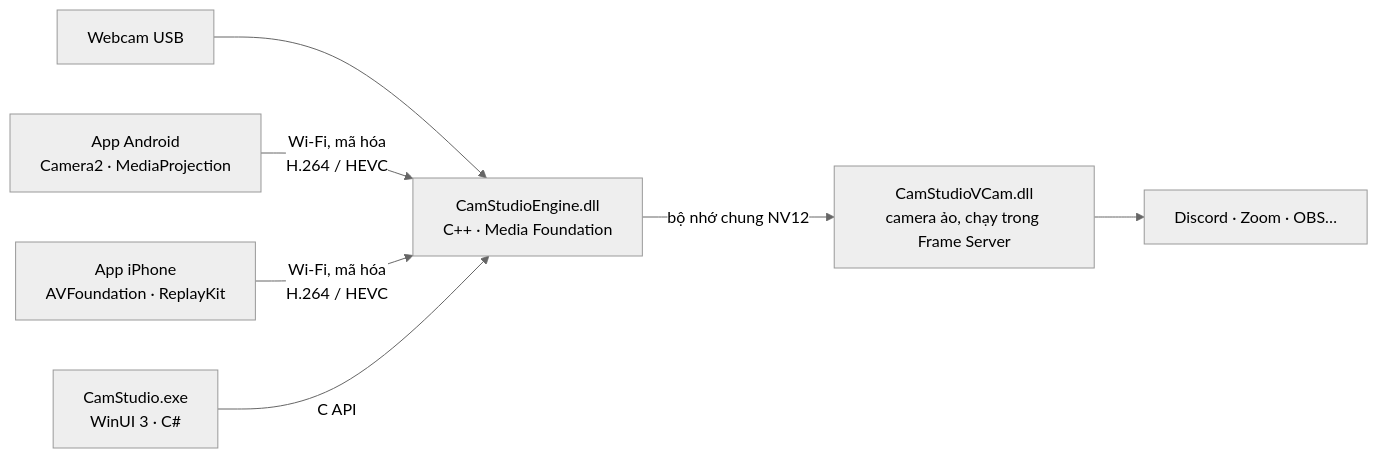
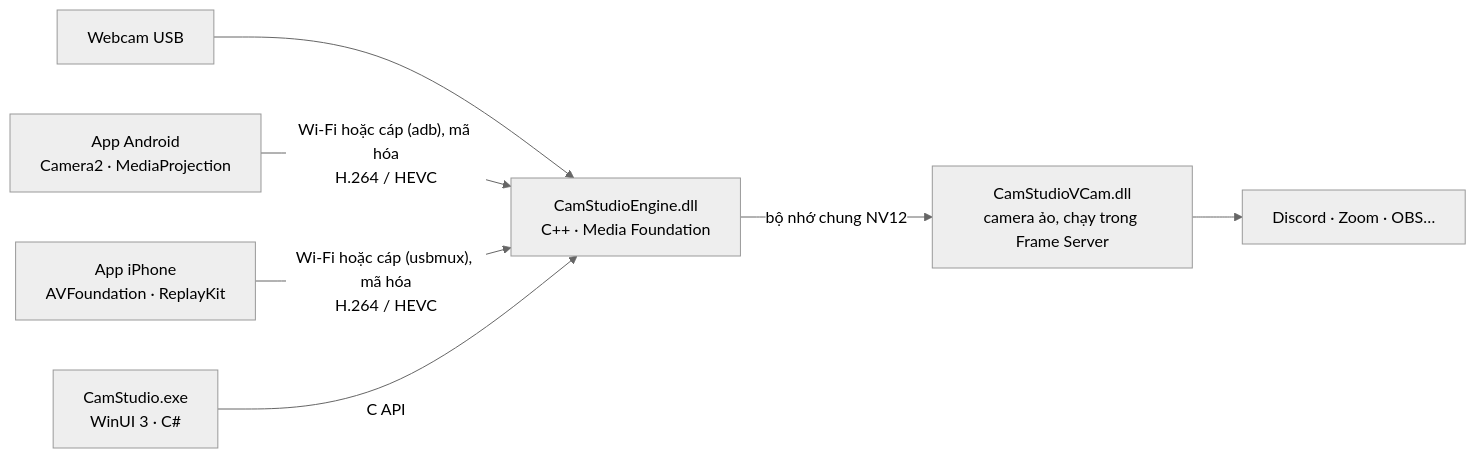
Before and after one commit to 2108win/cam-studio: the diagram in README.md, drawn with Mermaid (neutral theme). The commit also changed other lines of this file and 16 other files, not shown here.

````diff
--- a/README.md
+++ b/README.md
@@ -138,9 +167,9 @@
 ```mermaid
 flowchart LR
     W[Webcam USB] --> E
-    A[App Android<br/>Camera2 · MediaProjection] -- "Wi‑Fi, mã hóa<br/>H.264 / HEVC" --> E
-    I[App iPhone<br/>AVFoundation · ReplayKit] -- "Wi‑Fi, mã hóa<br/>H.264 / HEVC" --> E
+    A[App Android<br/>Camera2 · MediaProjection] -- "Wi‑Fi hoặc cáp (adb), mã hóa<br/>H.264 / HEVC" --> E
+    I[App iPhone<br/>AVFoundation · ReplayKit] -- "Wi‑Fi hoặc cáp (usbmux), mã hóa<br/>H.264 / HEVC" --> E
     E[CamStudioEngine.dll<br/>C++ · Media Foundation] -- "bộ nhớ chung NV12" --> V[CamStudioVCam.dll<br/>camera ảo, chạy trong Frame Server]
     U[CamStudio.exe<br/>WinUI 3 · C#] -- C API --> E
     V --> D[Discord · Zoom · OBS…]
 ```
````
